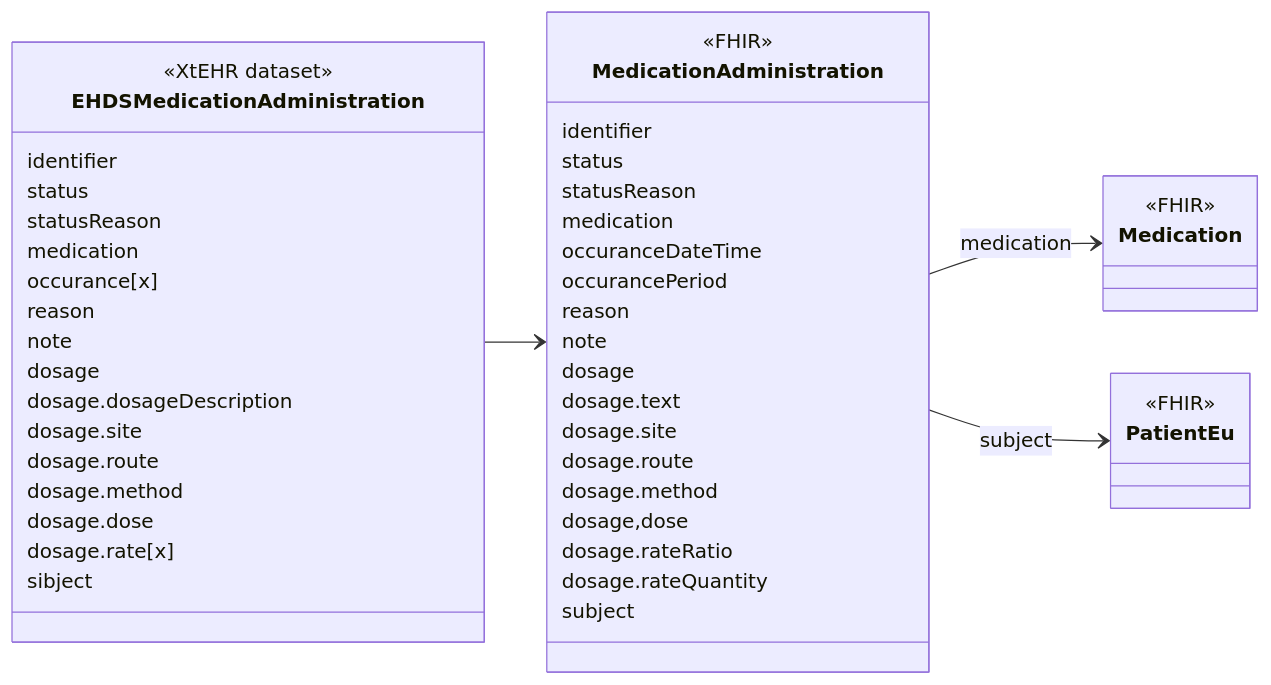
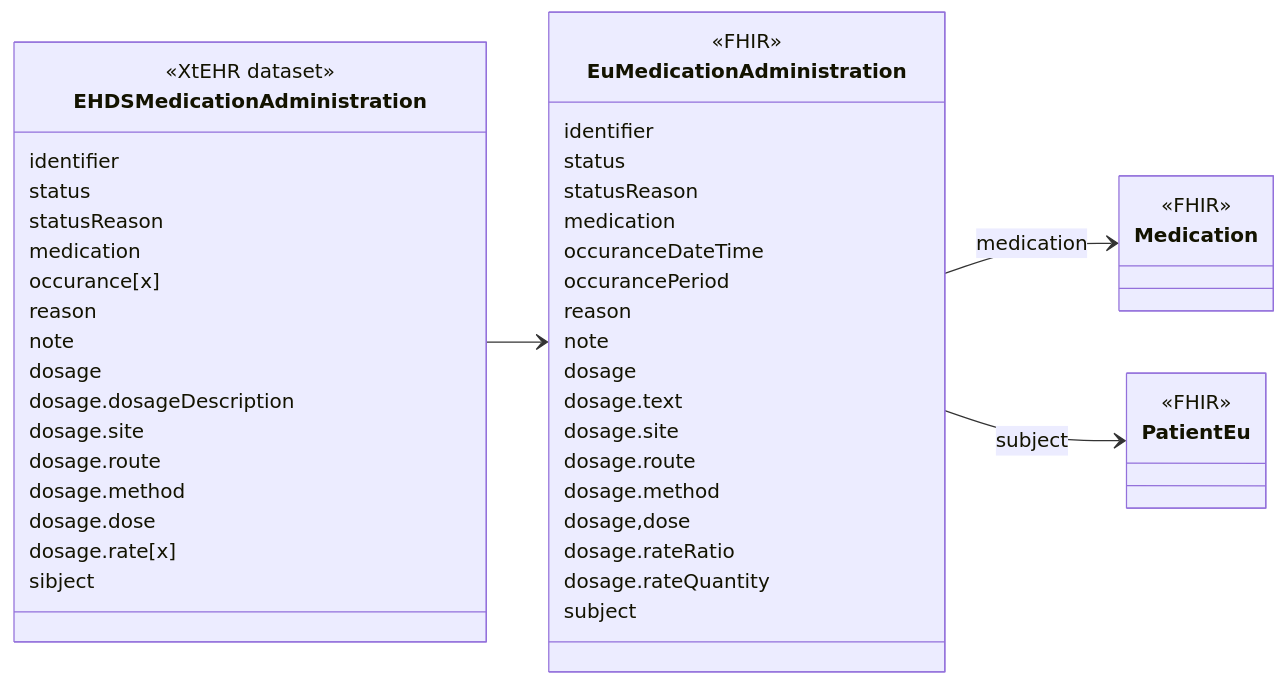
Before and after one commit to oijauregui/ehdsimaging: the diagram in input/intro-notes/ConceptMap-EHDSMedicationAdministrationMap-intro.md, drawn with Mermaid. The commit also changed 138 other files, not shown here.

````diff
--- a/input/intro-notes/ConceptMap-EHDSMedicationAdministrationMap-intro.md
+++ b/input/intro-notes/ConceptMap-EHDSMedicationAdministrationMap-intro.md
@@ -5,53 +5,53 @@
 ```mermaid
 classDiagram
 direction LR
 class EHDSMedicationAdministration {
   <<XtEHR dataset>>
   identifier
   status
   statusReason
   medication
   occurance[x]
   reason
   note
   dosage
   dosage.dosageDescription
   dosage.site
   dosage.route
   dosage.method
   dosage.dose
   dosage.rate[x]
   sibject
 }
 link EHDSMedicationAdministration "https://build.fhir.org/ig/Xt-EHR/xt-ehr-common/StructureDefinition-EHDSMedicationAdministration.html"
-class MedicationAdministration{
+class EuMedicationAdministration{
   <<FHIR>>
   identifier
   status
   statusReason
   medication
   occuranceDateTime
   occurancePeriod
   reason
   note
   dosage
   dosage.text
   dosage.site
   dosage.route
   dosage.method
   dosage,dose
   dosage.rateRatio
   dosage.rateQuantity
   subject
 }
 
 class Medication {
   <<FHIR>>
 }
 class PatientEu {
   <<FHIR>>
 }
-EHDSMedicationAdministration --> MedicationAdministration
-MedicationAdministration --> Medication : medication
-MedicationAdministration --> PatientEu : subject
+EHDSMedicationAdministration --> EuMedicationAdministration
+EuMedicationAdministration --> Medication : medication
+EuMedicationAdministration --> PatientEu : subject
 ```
````
